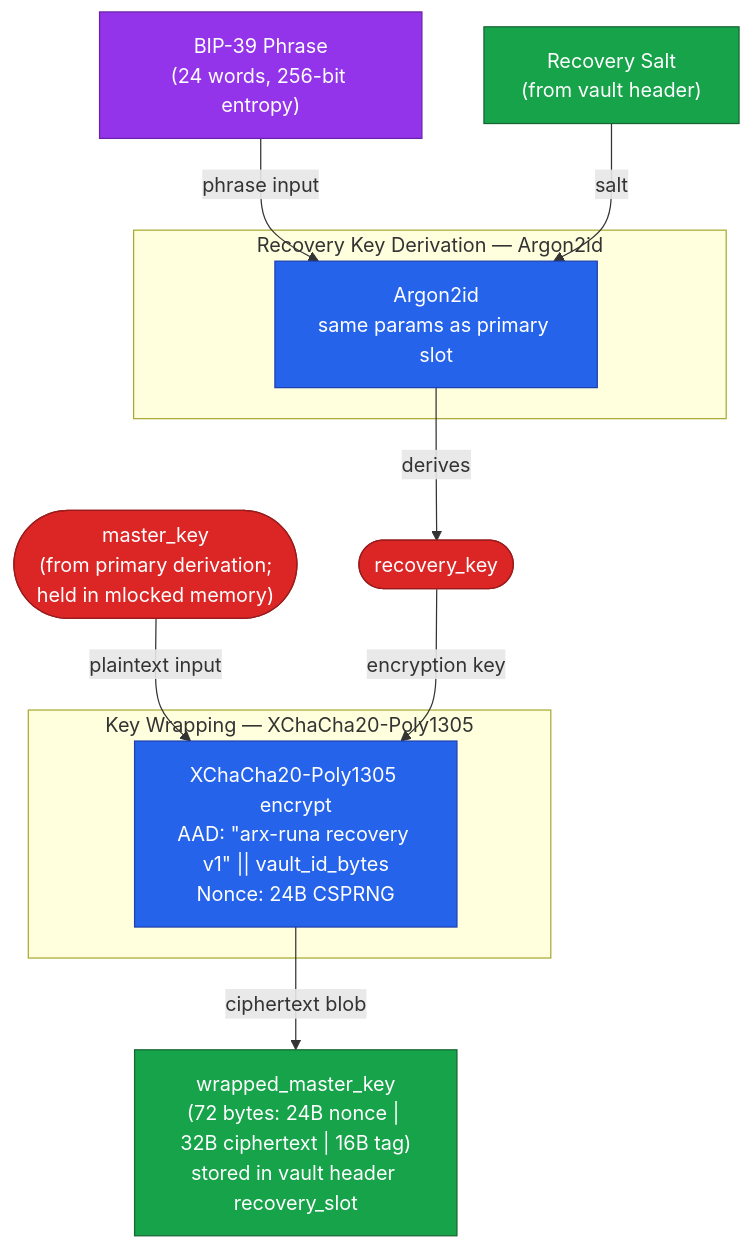
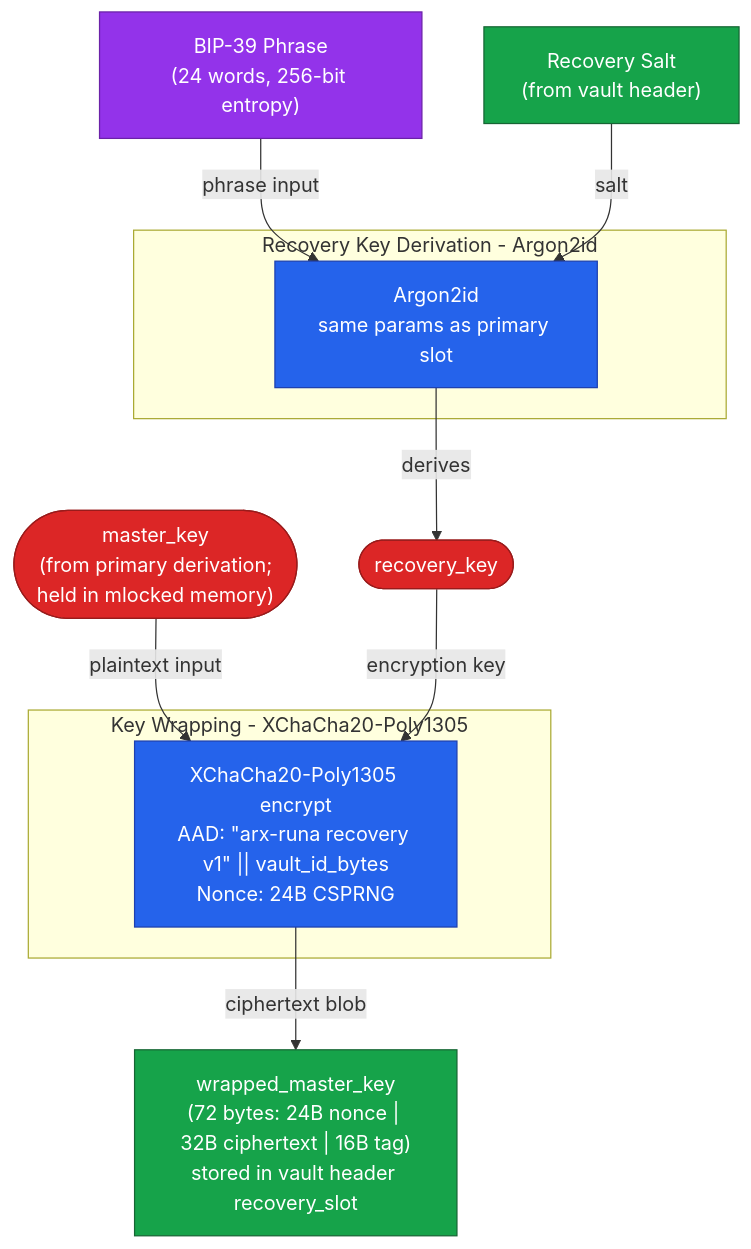
The fourth of 8 diagrams in docs/report/arx-runa-bachelorrapport.md (salgaard/arx-runa), drawn with Mermaid before and after one commit. The commit also changed other lines of this file, not shown here.

````diff
--- a/docs/report/arx-runa-bachelorrapport.md
+++ b/docs/report/arx-runa-bachelorrapport.md
@@ -576,32 +576,32 @@
 ```mermaid
 flowchart TD
     PHRASE["BIP-39 Phrase<br/>(24 words, 256-bit entropy)"]:::user
     REC_SALT["Recovery Salt<br/>(from vault header)"]:::storage
 
-    subgraph REC_KDF ["Recovery Key Derivation — Argon2id"]
+    subgraph REC_KDF ["Recovery Key Derivation - Argon2id"]
         REC_ARGON["Argon2id<br/>same params as primary slot"]:::crypto
     end
 
     REC_KEY(["recovery_key"]):::secret
 
     MK_INPUT(["master_key<br/>(from primary derivation;<br/>held in mlocked memory)"]):::secret
 
-    subgraph WRAP_BLOCK ["Key Wrapping — XChaCha20-Poly1305"]
+    subgraph WRAP_BLOCK ["Key Wrapping - XChaCha20-Poly1305"]
         WRAP["XChaCha20-Poly1305 encrypt<br/>AAD: #34;arx-runa recovery v1#34; #124;#124; vault_id_bytes<br/>Nonce: 24B CSPRNG"]:::crypto
     end
 
     WMK["wrapped_master_key<br/>(72 bytes: 24B nonce #124; 32B ciphertext #124; 16B tag)<br/>stored in vault header recovery_slot"]:::storage
 
     PHRASE -->|phrase input| REC_ARGON
     REC_SALT -->|salt| REC_ARGON
     REC_ARGON -->|derives| REC_KEY
 
     MK_INPUT -->|plaintext input| WRAP
     REC_KEY -->|encryption key| WRAP
     WRAP -->|ciphertext blob| WMK
 
     classDef secret fill:#dc2626,stroke:#991b1b,color:#fff
     classDef crypto fill:#2563eb,stroke:#1e40af,color:#fff
     classDef storage fill:#16a34a,stroke:#166534,color:#fff
     classDef user fill:#9333ea,stroke:#6b21a8,color:#fff
 ```
````
